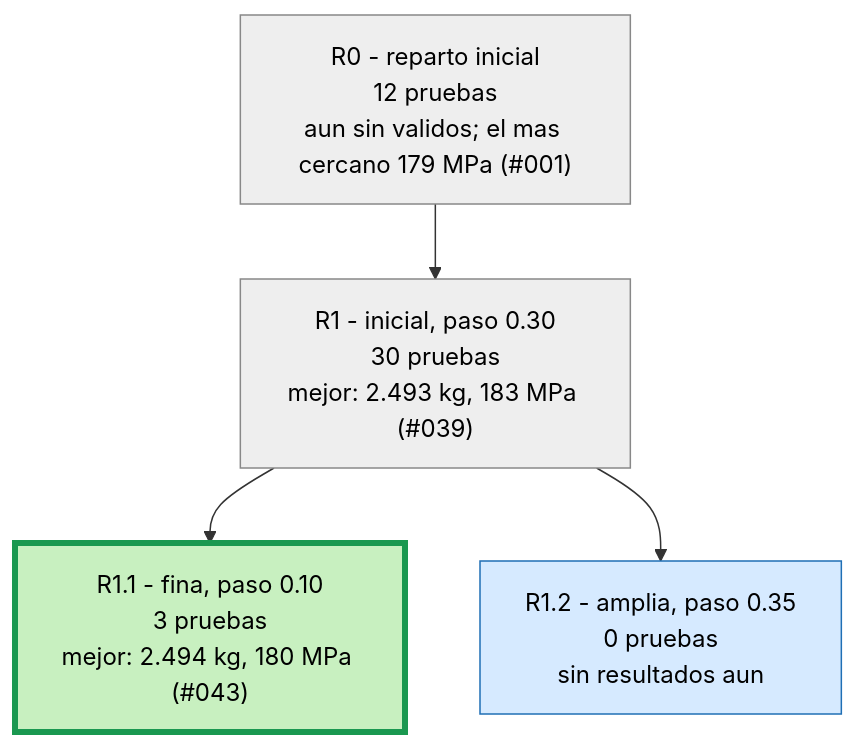
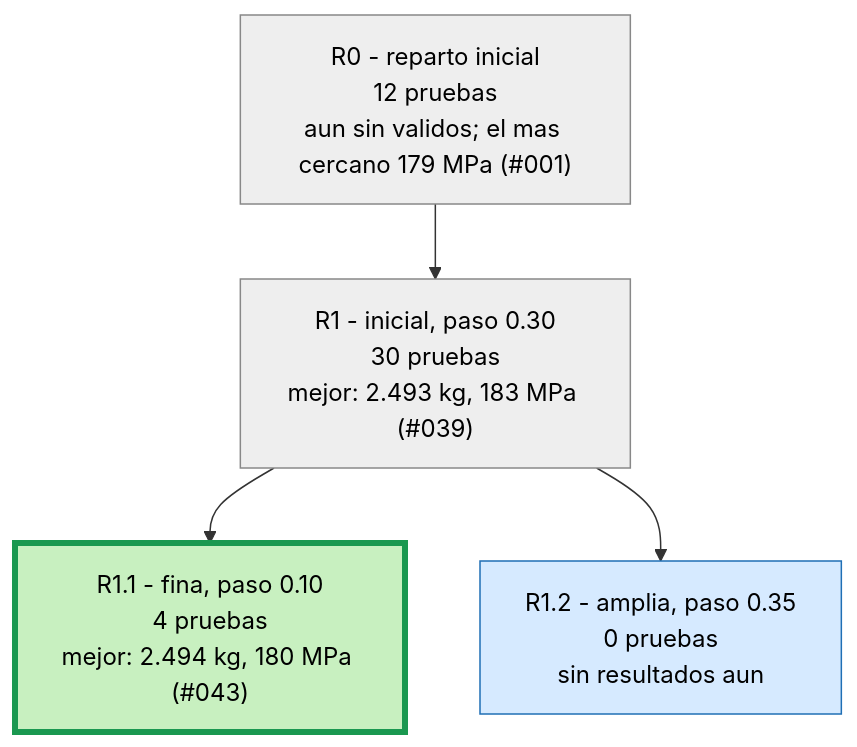
The second of 3 diagrams in runs/opt_37800N/ARBOL.md (Hugiko/msd-soporte-optimizacion), drawn with Mermaid before and after one commit. The commit also changed 22 other files, not shown here.

````diff
--- a/runs/opt_37800N/ARBOL.md
+++ b/runs/opt_37800N/ARBOL.md
@@ -21,13 +21,13 @@
 ```mermaid
 graph TD
 classDef activa fill:#d6eaff,stroke:#1f6fb5,color:#000
 classDef fin fill:#eeeeee,stroke:#888,color:#000
 classDef mejor fill:#c8f0c0,stroke:#1a9850,stroke-width:4px,color:#000
 R0["R0 - reparto inicial<br/>12 pruebas<br/>aun sin validos; el mas cercano 179 MPa (#001)"]:::fin
 R1["R1 - inicial, paso 0.30<br/>30 pruebas<br/>mejor: 2.493 kg, 183 MPa (#039)"]:::fin
 R0 --> R1
-R1_1["R1.1 - fina, paso 0.10<br/>3 pruebas<br/>mejor: 2.494 kg, 180 MPa (#043)"]:::mejor
+R1_1["R1.1 - fina, paso 0.10<br/>4 pruebas<br/>mejor: 2.494 kg, 180 MPa (#043)"]:::mejor
 R1 --> R1_1
 R1_2["R1.2 - amplia, paso 0.35<br/>0 pruebas<br/>sin resultados aun"]:::activa
 R1 --> R1_2
 ```
````
